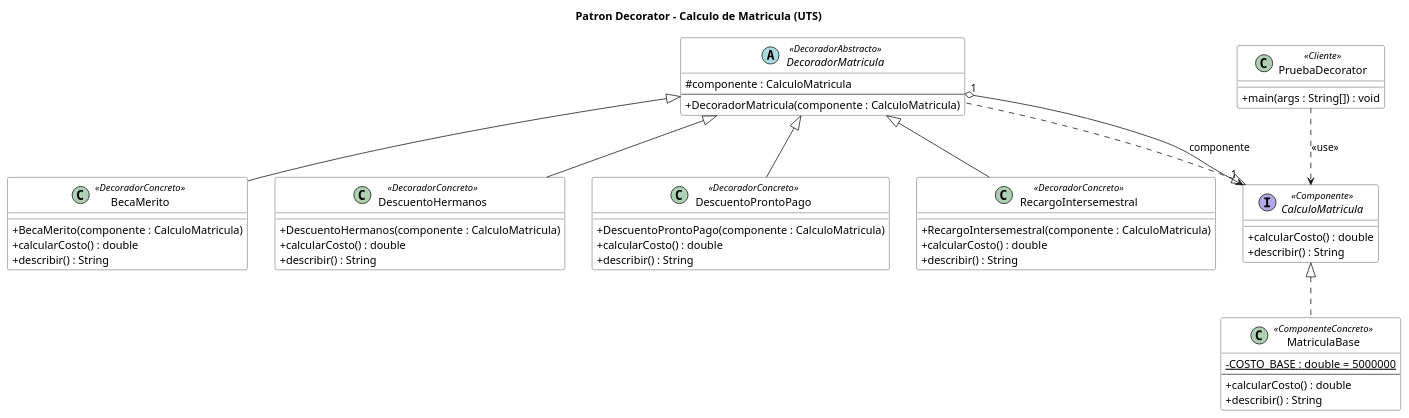
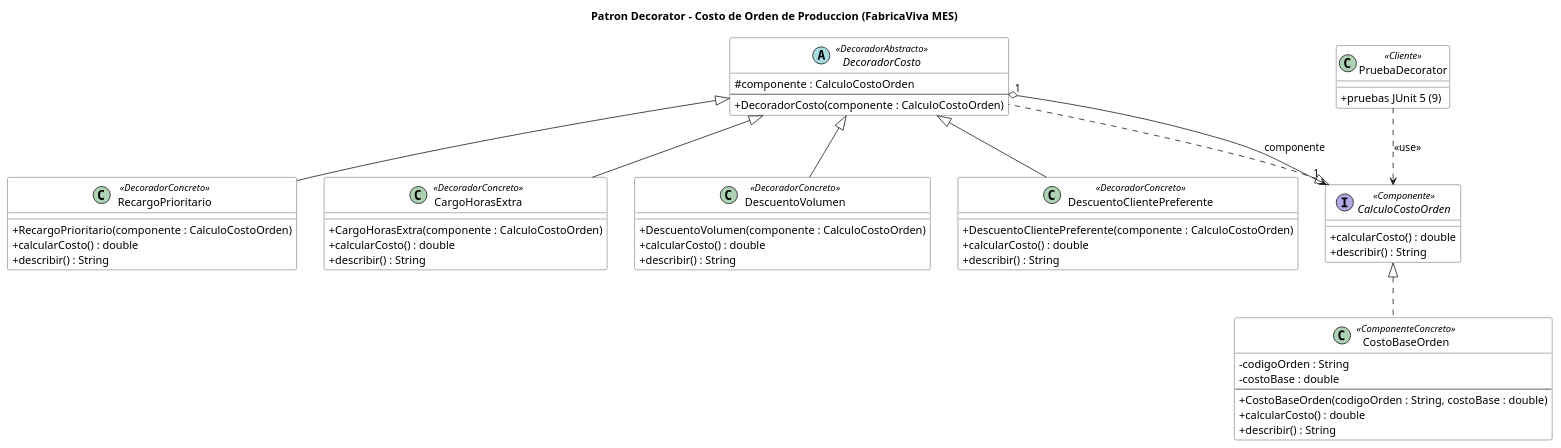
The diagram in docs/uml/09-decorator.puml (GabrielOrtega01/mes-production-system), drawn with PlantUML before and after one commit. The commit also changed 33 other files, not shown here.

First line of the commit message:
Actividad Semana 8: reimplementar Composite y Decorator en dominio FabricaViva

```diff
--- a/docs/uml/09-decorator.puml
+++ b/docs/uml/09-decorator.puml
@@ -1,78 +1,80 @@
 @startuml
-title Patron Decorator - Calculo de Matricula (UTS)
+title Patron Decorator - Costo de Orden de Produccion (FabricaViva MES)
 
 skinparam classAttributeIconSize 0
 skinparam defaultFontName Arial
 skinparam class {
   BackgroundColor #FFFFFF
   BorderColor #333333
 }
 
-interface CalculoMatricula <<Componente>> {
+interface CalculoCostoOrden <<Componente>> {
   + calcularCosto() : double
   + describir() : String
 }
 
-class MatriculaBase <<ComponenteConcreto>> {
-  - {static} COSTO_BASE : double = 5000000
+class CostoBaseOrden <<ComponenteConcreto>> {
+  - codigoOrden : String
+  - costoBase : double
   --
+  + CostoBaseOrden(codigoOrden : String, costoBase : double)
   + calcularCosto() : double
   + describir() : String
 }
 
-abstract class DecoradorMatricula <<DecoradorAbstracto>> {
-  # componente : CalculoMatricula
+abstract class DecoradorCosto <<DecoradorAbstracto>> {
+  # componente : CalculoCostoOrden
   --
-  + DecoradorMatricula(componente : CalculoMatricula)
+  + DecoradorCosto(componente : CalculoCostoOrden)
 }
 
-class BecaMerito <<DecoradorConcreto>> {
-  + BecaMerito(componente : CalculoMatricula)
+class RecargoPrioritario <<DecoradorConcreto>> {
+  + RecargoPrioritario(componente : CalculoCostoOrden)
   + calcularCosto() : double
   + describir() : String
 }
 
-class DescuentoHermanos <<DecoradorConcreto>> {
-  + DescuentoHermanos(componente : CalculoMatricula)
+class CargoHorasExtra <<DecoradorConcreto>> {
+  + CargoHorasExtra(componente : CalculoCostoOrden)
   + calcularCosto() : double
   + describir() : String
 }
 
-class DescuentoProntoPago <<DecoradorConcreto>> {
-  + DescuentoProntoPago(componente : CalculoMatricula)
+class DescuentoVolumen <<DecoradorConcreto>> {
+  + DescuentoVolumen(componente : CalculoCostoOrden)
   + calcularCosto() : double
   + describir() : String
 }
 
-class RecargoIntersemestral <<DecoradorConcreto>> {
-  + RecargoIntersemestral(componente : CalculoMatricula)
+class DescuentoClientePreferente <<DecoradorConcreto>> {
+  + DescuentoClientePreferente(componente : CalculoCostoOrden)
   + calcularCosto() : double
   + describir() : String
 }
 
 class PruebaDecorator <<Cliente>> {
-  + main(args : String[]) : void
+  + pruebas JUnit 5 (9)
 }
 
-' Realizaciones del contrato
-CalculoMatricula <|.. MatriculaBase
-CalculoMatricula <|.. DecoradorMatricula
+' Realizaciones
+CalculoCostoOrden <|.. CostoBaseOrden
+CalculoCostoOrden <|.. DecoradorCosto
 
-' Jerarquia de decoradores
-DecoradorMatricula <|-- BecaMerito
-DecoradorMatricula <|-- DescuentoHermanos
-DecoradorMatricula <|-- DescuentoProntoPago
-DecoradorMatricula <|-- RecargoIntersemestral
+' Jerarquía decoradores
+DecoradorCosto <|-- RecargoPrioritario
+DecoradorCosto <|-- CargoHorasExtra
+DecoradorCosto <|-- DescuentoVolumen
+DecoradorCosto <|-- DescuentoClientePreferente
 
-' El decorador envuelve al componente
-DecoradorMatricula "1" o--> "1" CalculoMatricula : componente
+' Envoltorio
+DecoradorCosto "1" o--> "1" CalculoCostoOrden : componente
 
 ' Cliente
-PruebaDecorator ..> CalculoMatricula : <<use>>
+PruebaDecorator ..> CalculoCostoOrden : <<use>>
 
 ' Orden visual
-BecaMerito -[hidden]right- DescuentoHermanos
-DescuentoHermanos -[hidden]right- DescuentoProntoPago
-DescuentoProntoPago -[hidden]right- RecargoIntersemestral
+RecargoPrioritario -[hidden]right- CargoHorasExtra
+CargoHorasExtra -[hidden]right- DescuentoVolumen
+DescuentoVolumen -[hidden]right- DescuentoClientePreferente
 
 @enduml
```
